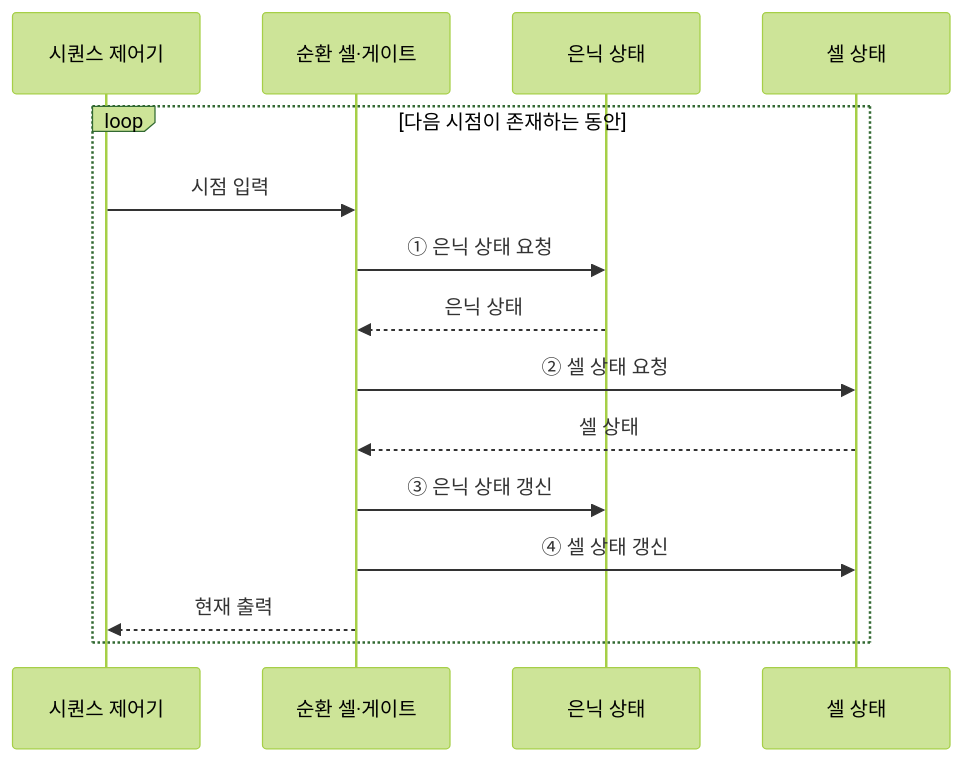
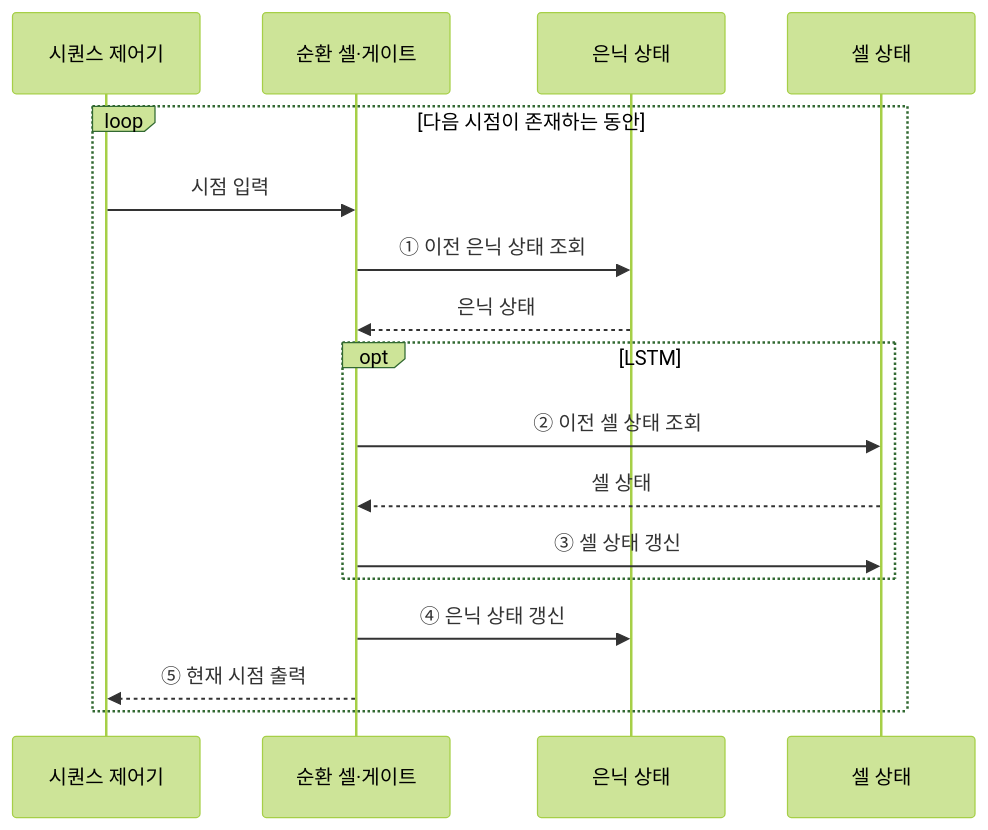
The second of 2 diagrams in src/content/docs/notes/01-basic-theory/044_rnn.md (agnusdei1207/knowledge-base), drawn with Mermaid (forest theme) before and after one commit. The commit also changed other lines of this file and 19 other files, not shown here.

````diff
--- a/src/content/docs/notes/01-basic-theory/044_rnn.md
+++ b/src/content/docs/notes/01-basic-theory/044_rnn.md
@@ -78,17 +79,19 @@
 ```mermaid
 sequenceDiagram
     participant T as 시퀀스 제어기
     participant R as 순환 셀·게이트
     participant H as 은닉 상태
     participant C as 셀 상태
     loop 다음 시점이 존재하는 동안
         T->>R: 시점 입력
-        R->>H: ① 은닉 상태 요청
+        R->>H: ① 이전 은닉 상태 조회
         H-->>R: 은닉 상태
-        R->>C: ② 셀 상태 요청
-        C-->>R: 셀 상태
-        R->>H: ③ 은닉 상태 갱신
-        R->>C: ④ 셀 상태 갱신
-        R-->>T: 현재 출력
+        opt LSTM
+            R->>C: ② 이전 셀 상태 조회
+            C-->>R: 셀 상태
+            R->>C: ③ 셀 상태 갱신
+        end
+        R->>H: ④ 은닉 상태 갱신
+        R-->>T: ⑤ 현재 시점 출력
     end
 ```
````
